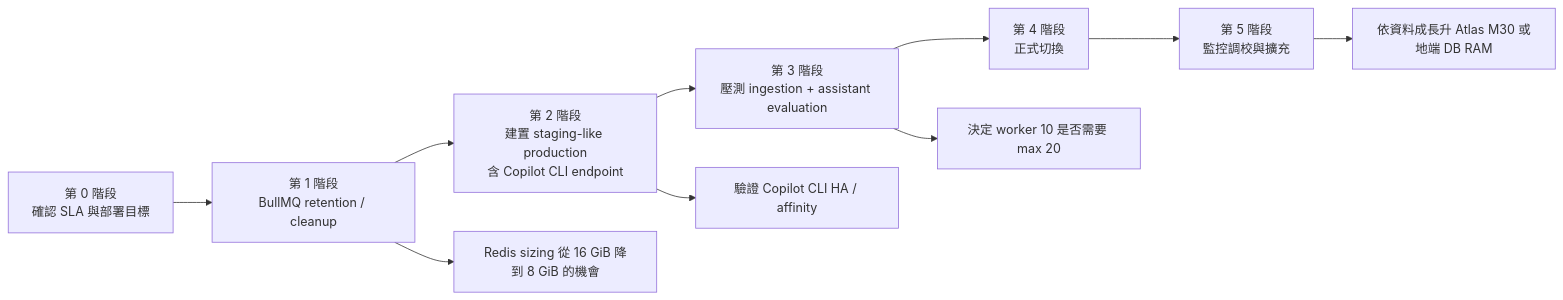
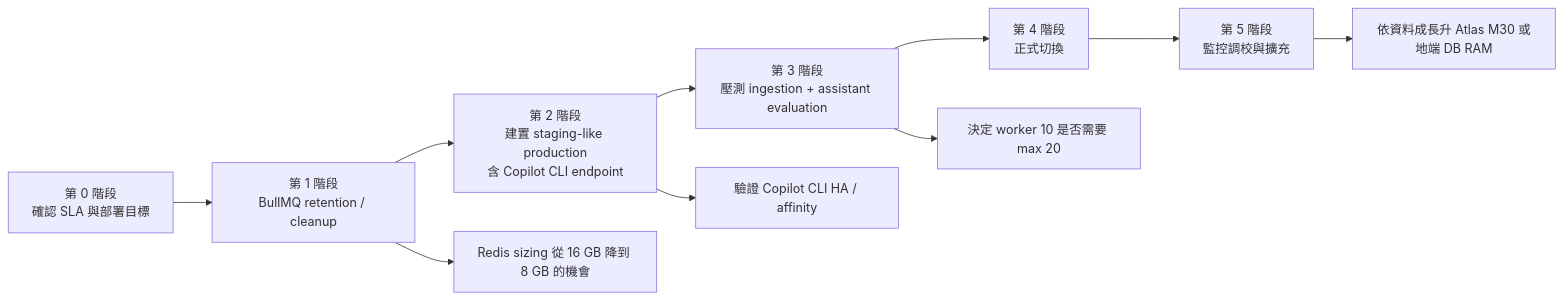
Before and after one commit to chunkai1312/temp: diagram 17 of 17 in production-resource-architecture-proposal.md, drawn with Mermaid. The commit also changed other lines of this file, not shown here.

````diff
--- a/production-resource-architecture-proposal.md
+++ b/production-resource-architecture-proposal.md
@@ -702,13 +702,13 @@
 ```mermaid
 flowchart LR
   P0["第 0 階段\n確認 SLA 與部署目標"] --> P1["第 1 階段\nBullMQ retention / cleanup"]
   P1 --> P2["第 2 階段\n建置 staging-like production\n含 Copilot CLI endpoint"]
   P2 --> P3["第 3 階段\n壓測 ingestion + assistant evaluation"]
   P3 --> P4["第 4 階段\n正式切換"]
   P4 --> P5["第 5 階段\n監控調校與擴充"]
 
-  P1 --> D1["Redis sizing 從 16 GiB 降到 8 GiB 的機會"]
+  P1 --> D1["Redis sizing 從 16 GB 降到 8 GB 的機會"]
   P2 --> D0["驗證 Copilot CLI HA / affinity"]
   P3 --> D2["決定 worker 10 是否需要 max 20"]
   P5 --> D3["依資料成長升 Atlas M30 或地端 DB RAM"]
 ```
````
